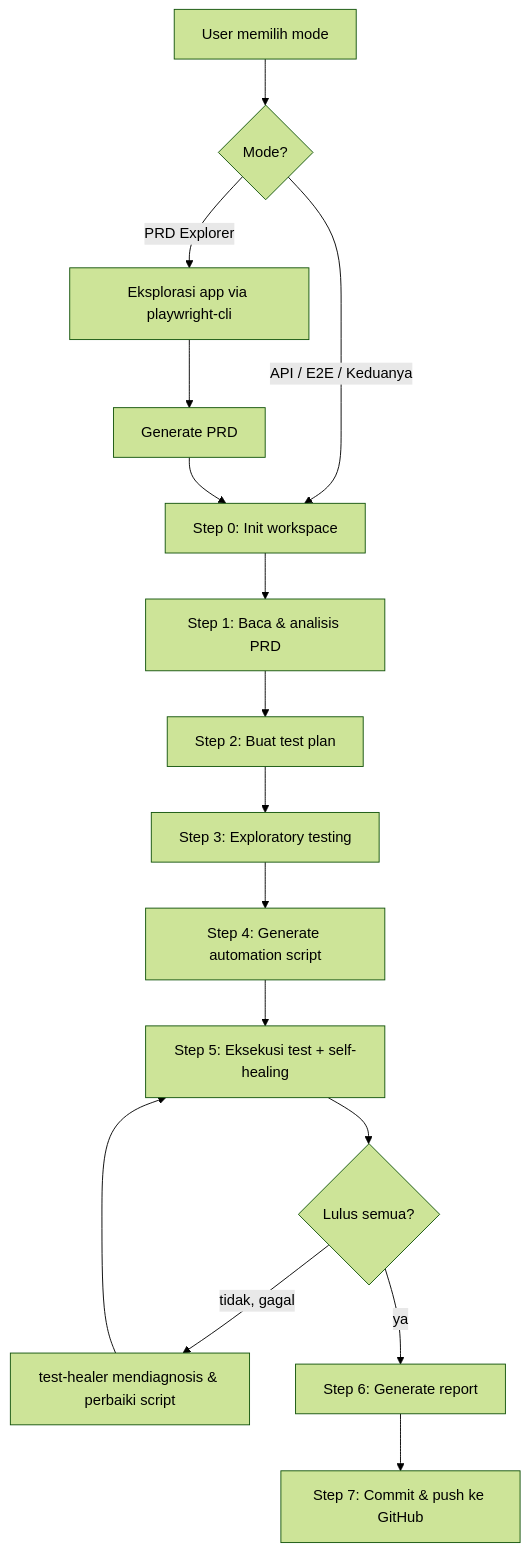
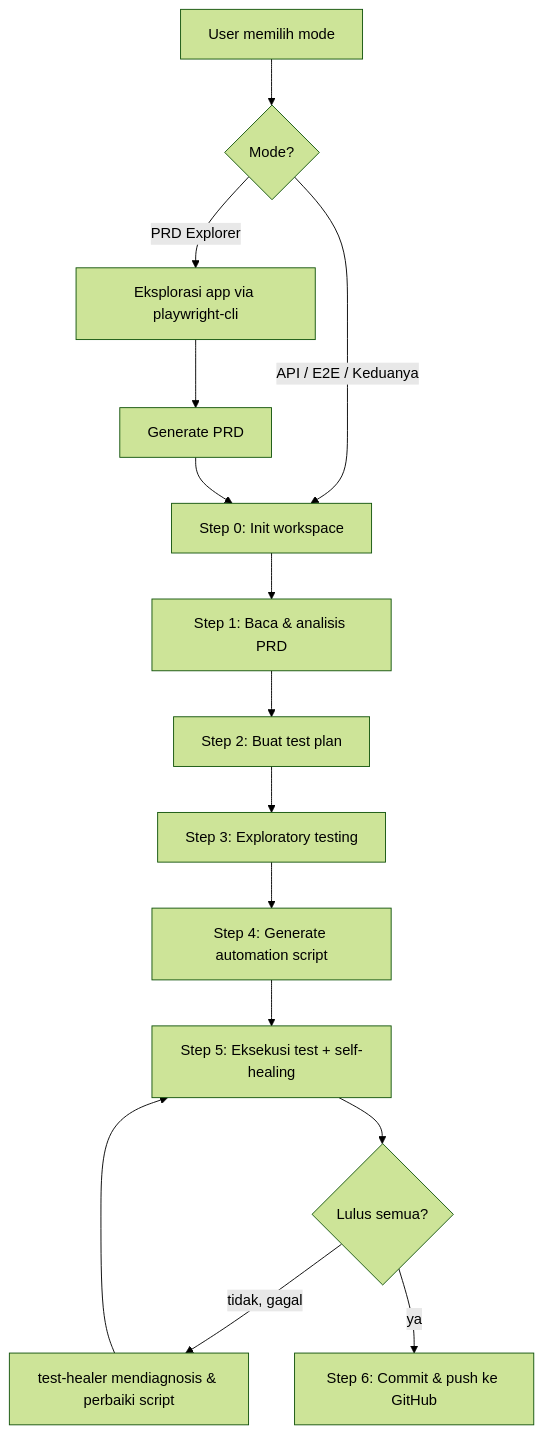
The diagram in README.md (Adfrach/Automation-Testing-With-Playwright), drawn with Mermaid (forest theme) before and after one commit. The commit also changed other lines of this file, not shown here.

````diff
--- a/README.md
+++ b/README.md
@@ -45,18 +46,17 @@
 ```mermaid
 flowchart TD
     A[User memilih mode] --> B{Mode?}
     B -->|PRD Explorer| C[Eksplorasi app via playwright-cli]
     C --> D[Generate PRD]
     B -->|API / E2E / Keduanya| E[Step 0: Init workspace]
     D --> E
     E --> F[Step 1: Baca & analisis PRD]
     F --> G[Step 2: Buat test plan]
     G --> H[Step 3: Exploratory testing]
     H --> I[Step 4: Generate automation script]
     I --> J[Step 5: Eksekusi test + self-healing]
     J --> L2{Lulus semua?}
     L2 -->|tidak, gagal| K[test-healer mendiagnosis & perbaiki script]
     K --> J
-    L2 -->|ya| L[Step 6: Generate report]
-    L --> M[Step 7: Commit & push ke GitHub]
+    L2 -->|ya| M[Step 6: Commit & push ke GitHub]
 ```
````
